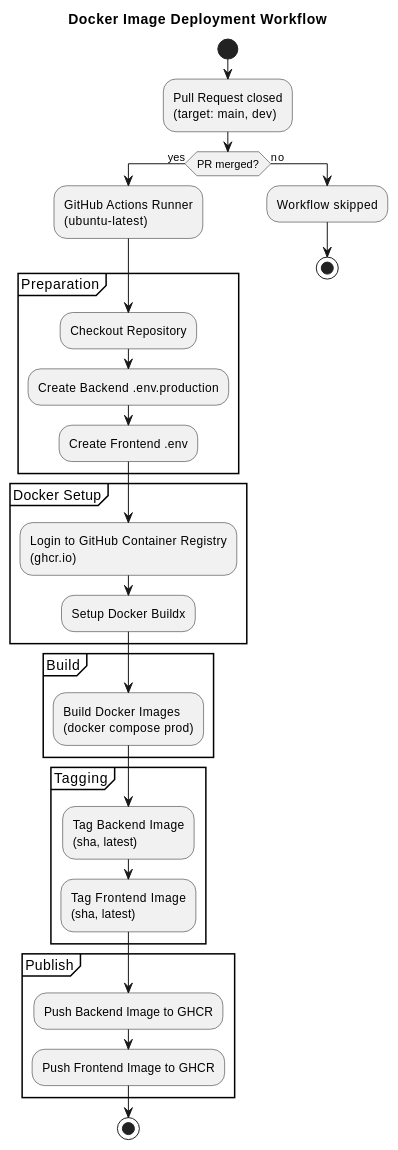
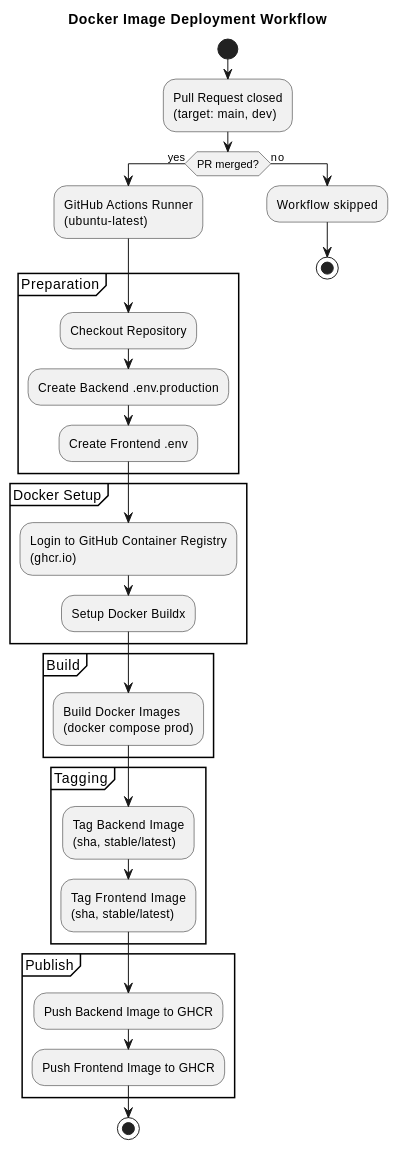
One commit to 1tristan0/SE-HabitTracker-3.B changed the second of 2 diagrams in docs/deployment/deployment.adoc. Above: the diagram before and after it, drawn with PlantUML. The commit also changed other lines of this file, not shown here.

Commit message:
Update: deployment UML

```diff
--- a/docs/deployment/deployment.adoc
+++ b/docs/deployment/deployment.adoc
@@ -50,45 +54,45 @@
 [plantuml, integration-workflow, png]
 ----
 @startuml
 title Docker Image Deployment Workflow
 
 start
 
 :Pull Request closed\n(target: main, dev);
 
 if (PR merged?) then (yes)
   :GitHub Actions Runner\n(ubuntu-latest);
 
   partition "Preparation" {
     :Checkout Repository;
     :Create Backend .env.production;
     :Create Frontend .env;
   }
 
   partition "Docker Setup" {
     :Login to GitHub Container Registry\n(ghcr.io);
     :Setup Docker Buildx;
   }
 
   partition "Build" {
     :Build Docker Images\n(docker compose prod);
   }
 
   partition "Tagging" {
-    :Tag Backend Image\n(sha, latest);
-    :Tag Frontend Image\n(sha, latest);
+    :Tag Backend Image\n(sha, stable/latest);
+    :Tag Frontend Image\n(sha, stable/latest);
   }
 
   partition "Publish" {
     :Push Backend Image to GHCR;
     :Push Frontend Image to GHCR;
   }
 
   stop
 else (no)
   :Workflow skipped;
   stop
 endif
 
 @enduml
 ----
```
